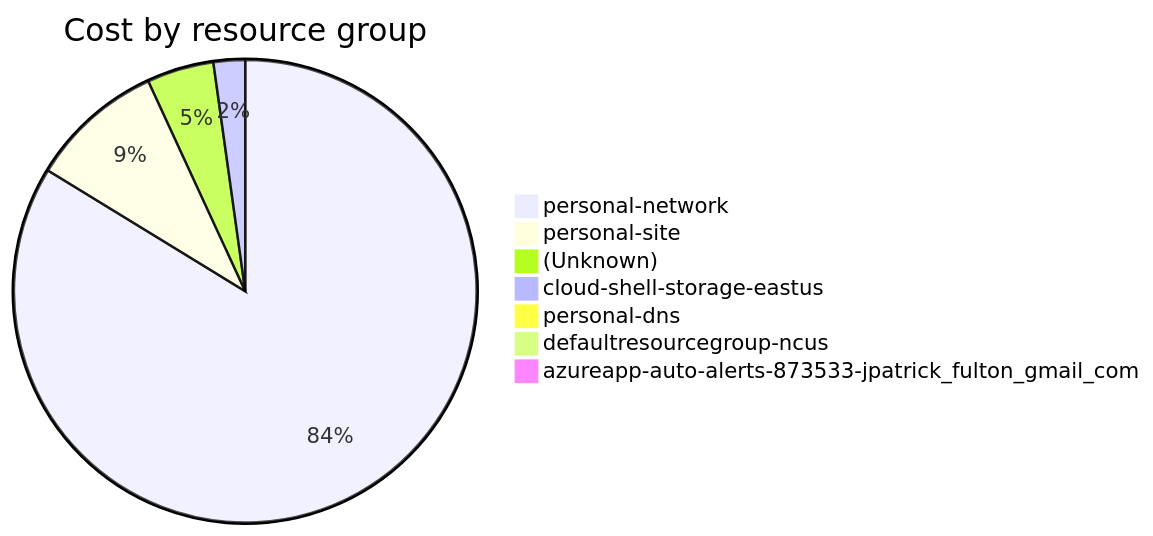
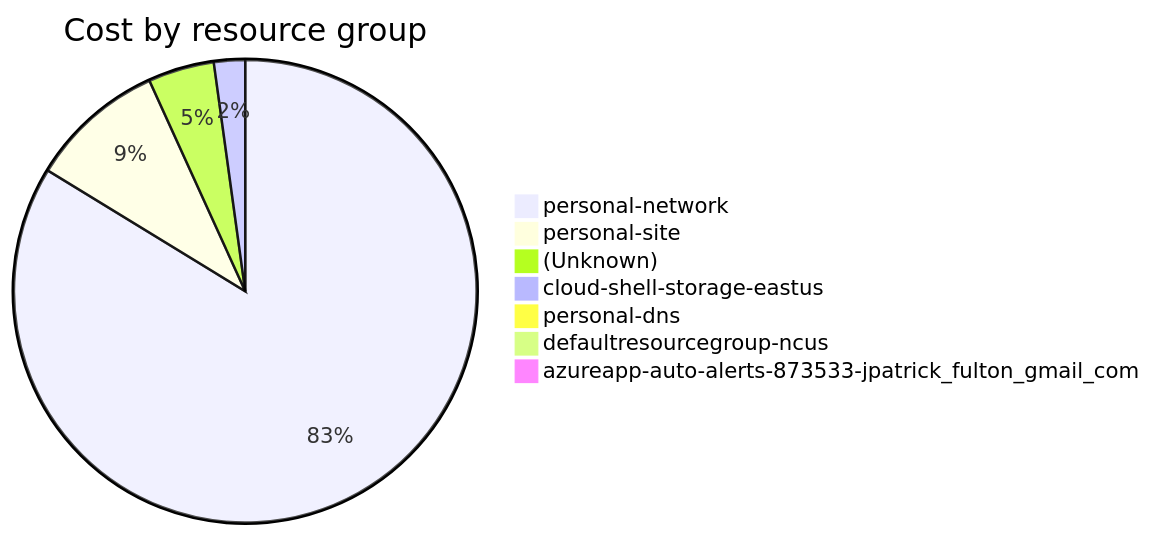
One commit to jpfulton/azure-personal-reports changed the fourth of 4 diagrams in cost-reports/accumulated-cost.md. Above: the diagram before and after it, drawn with Mermaid. The commit also changed other lines of this file and 4 other files, not shown here.

````diff
--- a/cost-reports/accumulated-cost.md
+++ b/cost-reports/accumulated-cost.md
@@ -159,11 +159,11 @@
 ```mermaid
 pie
    title Cost by resource group
-   "personal-network" : 212.88
-   "personal-site" : 23.83
-   "(Unknown)" : 11.88
-   "cloud-shell-storage-eastus" : 5.61
-   "personal-dns" : 0.72
+   "personal-network" : 216.01
+   "personal-site" : 24.42
+   "(Unknown)" : 11.91
+   "cloud-shell-storage-eastus" : 5.62
+   "personal-dns" : 0.75
    "defaultresourcegroup-ncus" : 0.00
    "azureapp-auto-alerts-873533-jpatrick_fulton_gmail_com" : 0.00
 ```
````
